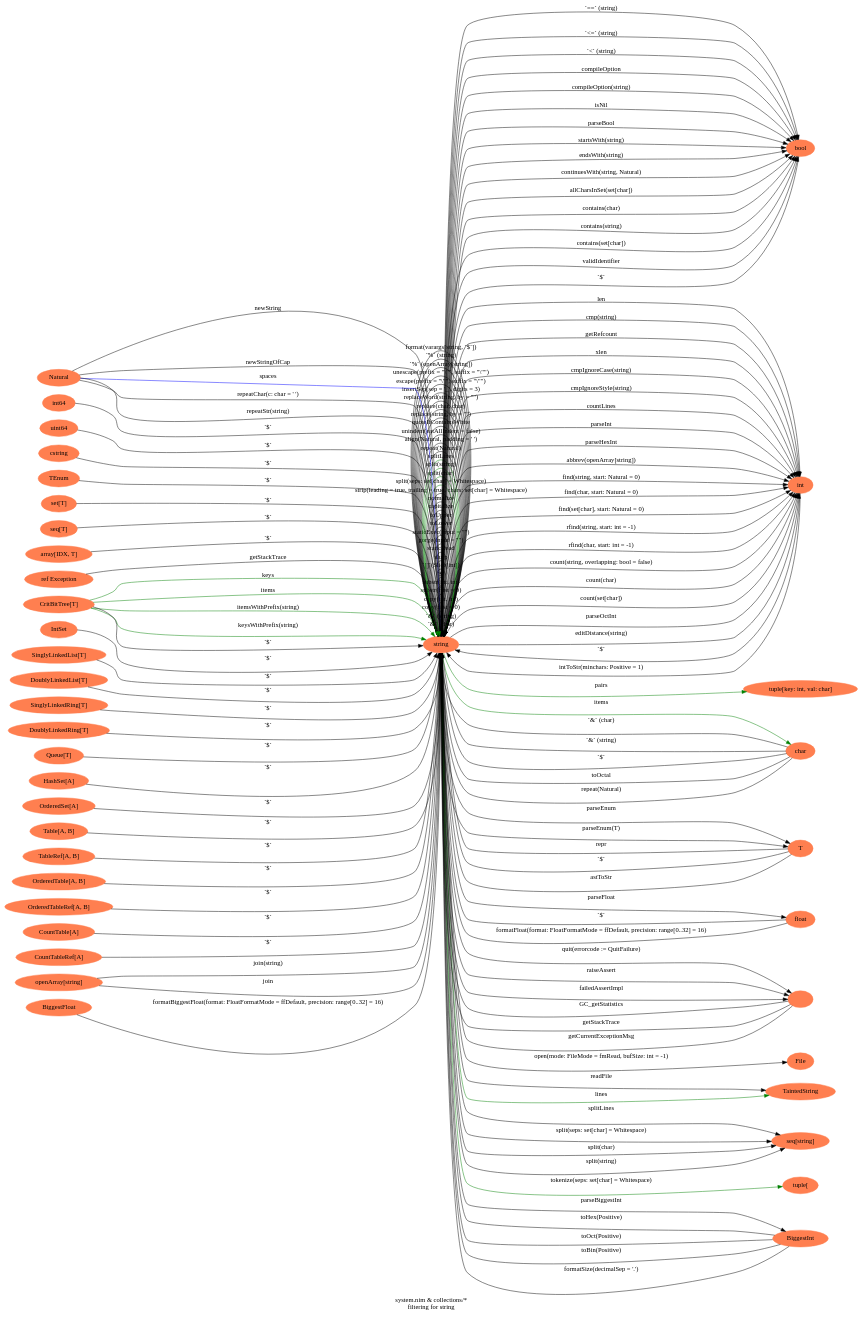
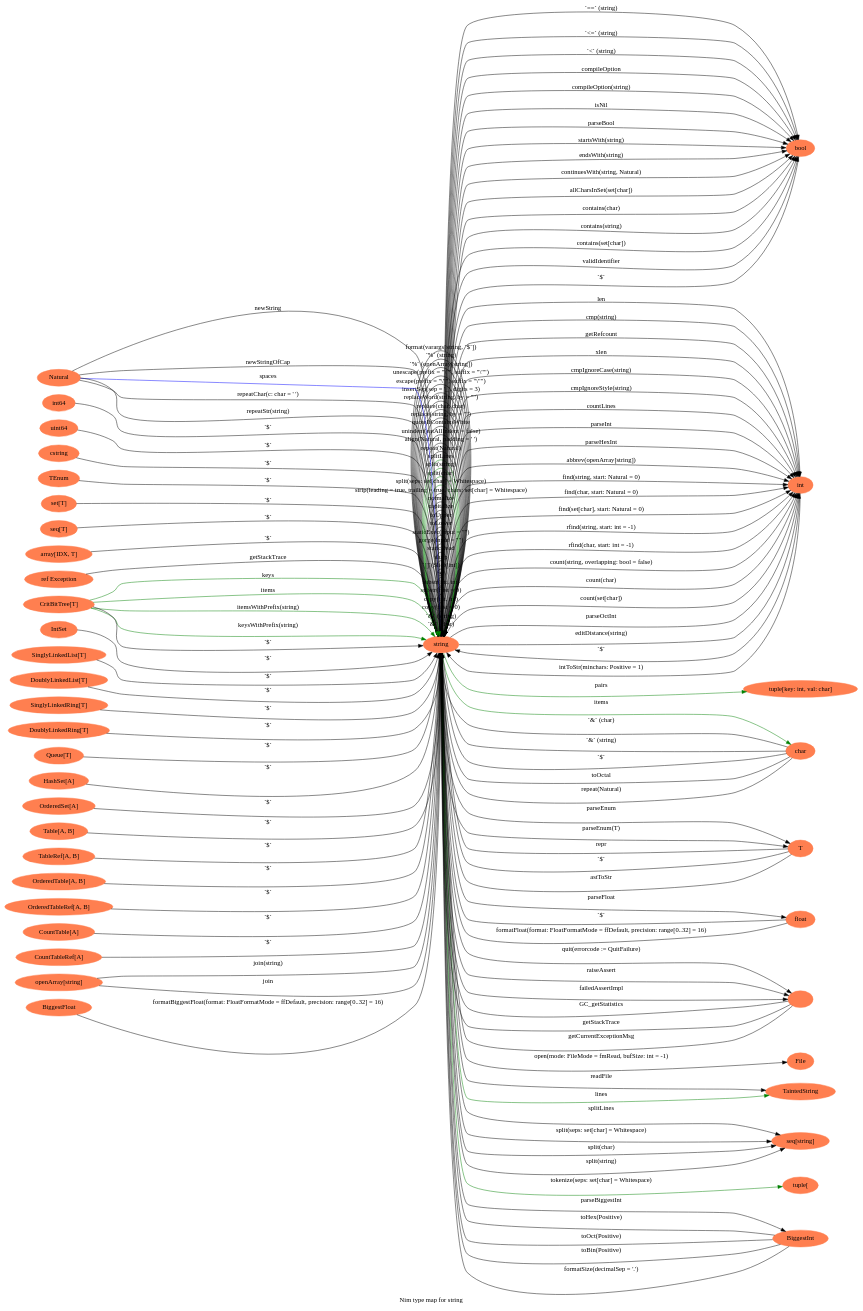
The diagram in output/string.dot (petermora/nimDot), drawn with Graphviz before and after one commit. The commit also changed 31 other files, not shown here.

```diff
--- a/output/string.dot
+++ b/output/string.dot
@@ -1,187 +1,186 @@
 digraph {
 graph [
-label = "system.nim & collections/*
-filtering for string";
+label = "Nim type map for string";
 rankdir=LR;
 ];
 node[color=coral, style=filled, label="string" ] N0;
 node[color=coral, style=filled, label="bool" ] N1;
 N0 -> N1 [color="", label="`==` (string)" ];
 N0 -> N1 [color="", label="`<=` (string)" ];
 N0 -> N1 [color="", label="`<` (string)" ];
 node[color=coral, style=filled, label="int" ] N2;
 N0 -> N2 [color="", label="len" ];
 N0 -> N2 [color="", label="cmp(string)" ];
 node[color=coral, style=filled, label="Natural" ] N3;
 N3 -> N0 [color="", label="newString" ];
 N3 -> N0 [color="", label="newStringOfCap" ];
 N0 -> N0 [color="", label="`&` (char)" ];
 node[color=coral, style=filled, label="char" ] N4;
 N4 -> N0 [color="", label="`&` (char)" ];
 N0 -> N0 [color="", label="`&` (string)" ];
 N4 -> N0 [color="", label="`&` (string)" ];
 N0 -> N1 [color="", label="compileOption" ];
 N0 -> N1 [color="", label="compileOption(string)" ];
 node[color=coral, style=filled, label="T" ] N5;
 N5 -> N0 [color="", label="repr" ];
 N0 -> N0 [color="", label="copy(first = 0)" ];
 N0 -> N0 [color="", label="copy(int, int)" ];
 N0 -> N0 [color="", label="substr(first = 0)" ];
 N0 -> N0 [color="", label="substr(int, int)" ];
 N2 -> N0 [color="", label="`$`" ];
 node[color=coral, style=filled, label="int64" ] N6;
 N6 -> N0 [color="", label="`$`" ];
 node[color=coral, style=filled, label="uint64" ] N7;
 N7 -> N0 [color="", label="`$` " ];
 node[color=coral, style=filled, label="float" ] N8;
 N8 -> N0 [color="", label="`$` " ];
 N1 -> N0 [color="", label="`$` " ];
 N4 -> N0 [color="", label="`$` " ];
 node[color=coral, style=filled, label="cstring" ] N9;
 N9 -> N0 [color="", label="`$` " ];
 N0 -> N0 [color="", label="`$` " ];
 node[color=coral, style=filled, label="TEnum" ] N10;
 N10 -> N0 [color="", label="`$` " ];
 N0 -> N2 [color="", label="getRefcount" ];
 node[color=coral, style=filled, label="tuple[key: int, val: char]" ] N11;
 N0 -> N11 [color="green", label="pairs" ];
 N0 -> N1 [color="", label="isNil" ];
 N5 -> N0 [color="", label="`$`" ];
 node[color=coral, style=filled, label="set[T]" ] N12;
 N12 -> N0 [color="", label="`$`" ];
 node[color=coral, style=filled, label="seq[T]" ] N13;
 N13 -> N0 [color="", label="`$`" ];
 node[color=coral, style=filled, label="array[IDX, T]" ] N14;
 N14 -> N0 [color="", label="`$`" ];
 node[color=coral, style=filled, label="" ] N15;
 N15 -> N0 [color="", label="GC_getStatistics" ];
 node[color=coral, style=filled, label="File" ] N16;
 N0 -> N16 [color="", label="open(mode: FileMode = fmRead, bufSize: int = -1)" ];
 node[color=coral, style=filled, label="TaintedString" ] N17;
 N0 -> N17 [color="", label="readFile" ];
 N15 -> N0 [color="", label="getStackTrace" ];
 node[color=coral, style=filled, label="ref Exception" ] N18;
 N18 -> N0 [color="", label="getStackTrace" ];
 N0 -> N17 [color="green", label="lines" ];
 N15 -> N0 [color="", label="getCurrentExceptionMsg" ];
 N0 -> N15 [color="", label="quit(errorcode := QuitFailure)" ];
 N0 -> N0 [color="", label="`[]`(Slice[int])" ];
 N0 -> N0 [color="", label="slurp" ];
 N0 -> N0 [color="", label="staticRead" ];
 N0 -> N0 [color="", label="gorge(input = \"\")" ];
 N0 -> N0 [color="", label="staticExec(input = \"\")" ];
 N5 -> N0 [color="", label="astToStr" ];
 N0 -> N15 [color="", label="raiseAssert" ];
 N0 -> N15 [color="", label="failedAssertImpl" ];
 N0 -> N4 [color="green", label="items" ];
 N0 -> N2 [color="", label="xlen" ];
 node[color=coral, style=filled, label="CritBitTree[T]" ] N19;
 N19 -> N0 [color="green", label="keys" ];
 N19 -> N0 [color="green", label="items" ];
 N19 -> N0 [color="green", label="itemsWithPrefix(string)" ];
 N19 -> N0 [color="green", label="keysWithPrefix(string)" ];
 N19 -> N0 [color="", label="`$`" ];
 node[color=coral, style=filled, label="IntSet" ] N20;
 N20 -> N0 [color="", label="`$`" ];
 node[color=coral, style=filled, label="SinglyLinkedList[T]" ] N21;
 N21 -> N0 [color="", label="`$`" ];
 node[color=coral, style=filled, label="DoublyLinkedList[T]" ] N22;
 N22 -> N0 [color="", label="`$`" ];
 node[color=coral, style=filled, label="SinglyLinkedRing[T]" ] N23;
 N23 -> N0 [color="", label="`$`" ];
 node[color=coral, style=filled, label="DoublyLinkedRing[T]" ] N24;
 N24 -> N0 [color="", label="`$`" ];
 node[color=coral, style=filled, label="Queue[T]" ] N25;
 N25 -> N0 [color="", label="`$`" ];
 node[color=coral, style=filled, label="HashSet[A]" ] N26;
 N26 -> N0 [color="", label="`$`" ];
 node[color=coral, style=filled, label="OrderedSet[A]" ] N27;
 N27 -> N0 [color="", label="`$`" ];
 node[color=coral, style=filled, label="Table[A, B]" ] N28;
 N28 -> N0 [color="", label="`$`" ];
 node[color=coral, style=filled, label="TableRef[A, B]" ] N29;
 N29 -> N0 [color="", label="`$`" ];
 node[color=coral, style=filled, label="OrderedTable[A, B]" ] N30;
 N30 -> N0 [color="", label="`$`" ];
 node[color=coral, style=filled, label="OrderedTableRef[A, B]" ] N31;
 N31 -> N0 [color="", label="`$`" ];
 node[color=coral, style=filled, label="CountTable[A]" ] N32;
 N32 -> N0 [color="", label="`$`" ];
 node[color=coral, style=filled, label="CountTableRef[A]" ] N33;
 N33 -> N0 [color="", label="`$`" ];
 N0 -> N0 [color="", label="toLower" ];
 N0 -> N0 [color="", label="toUpper" ];
 N0 -> N0 [color="", label="capitalize" ];
 N0 -> N0 [color="", label="normalize" ];
 N0 -> N2 [color="", label="cmpIgnoreCase(string)" ];
 N0 -> N2 [color="", label="cmpIgnoreStyle(string)" ];
 N0 -> N0 [color="", label="strip(leading = true, trailing = true, chars: set[char] = Whitespace)" ];
 N4 -> N0 [color="", label="toOctal" ];
 N0 -> N0 [color="green", label="split(seps: set[char] = Whitespace)" ];
 N0 -> N0 [color="green", label="split(char)" ];
 N0 -> N0 [color="green", label="split(string)" ];
 N0 -> N0 [color="green", label="splitLines" ];
 node[color=coral, style=filled, label="seq[string]" ] N34;
 N0 -> N34 [color="", label="splitLines" ];
 N0 -> N2 [color="", label="countLines" ];
 N0 -> N34 [color="", label="split(seps: set[char] = Whitespace)" ];
 N0 -> N34 [color="", label="split(char)" ];
 N0 -> N34 [color="", label="split(string)" ];
 node[color=coral, style=filled, label="BiggestInt" ] N35;
 N35 -> N0 [color="", label="toHex(Positive)" ];
 N2 -> N0 [color="", label="intToStr(minchars: Positive = 1)" ];
 N0 -> N2 [color="", label="parseInt" ];
 N0 -> N35 [color="", label="parseBiggestInt" ];
 N0 -> N8 [color="", label="parseFloat" ];
 N0 -> N2 [color="", label="parseHexInt" ];
 N0 -> N1 [color="", label="parseBool" ];
 N0 -> N5 [color="", label="parseEnum" ];
 N0 -> N5 [color="", label="parseEnum(T)" ];
 N4 -> N0 [color="", label="repeat(Natural)" ];
 N0 -> N0 [color="", label="repeat(Natural)" ];
 N3 -> N0 [color="blue", label="spaces" ];
 N3 -> N0 [color="", label="repeatChar(c: char = ' ')" ];
 N3 -> N0 [color="", label="repeatStr(string)" ];
 N0 -> N0 [color="", label="align(Natural, padding = ' ')" ];
 node[color=coral, style=filled, label="tuple[" ] N36;
 N0 -> N36 [color="green", label="tokenize(seps: set[char] = Whitespace)" ];
 N0 -> N0 [color="", label="unindent(eatAllIndent = false)" ];
 N0 -> N1 [color="", label="startsWith(string)" ];
 N0 -> N1 [color="", label="endsWith(string)" ];
 N0 -> N1 [color="", label="continuesWith(string, Natural)" ];
 N0 -> N1 [color="", label="allCharsInSet(set[char])" ];
 N0 -> N2 [color="", label="abbrev(openArray[string])" ];
 node[color=coral, style=filled, label="openArray[string]" ] N37;
 N37 -> N0 [color="", label="join(string)" ];
 N37 -> N0 [color="", label="join" ];
 N0 -> N2 [color="", label="find(string, start: Natural = 0)" ];
 N0 -> N2 [color="", label="find(char, start: Natural = 0)" ];
 N0 -> N2 [color="", label="find(set[char], start: Natural = 0)" ];
 N0 -> N2 [color="", label="rfind(string, start: int = -1)" ];
 N0 -> N2 [color="", label="rfind(char, start: int = -1)" ];
 N0 -> N2 [color="", label="count(string, overlapping: bool = false)" ];
 N0 -> N2 [color="", label="count(char)" ];
 N0 -> N2 [color="", label="count(set[char])" ];
 N0 -> N0 [color="", label="quoteIfContainsWhite" ];
 N0 -> N1 [color="", label="contains(char)" ];
 N0 -> N1 [color="", label="contains(string)" ];
 N0 -> N1 [color="", label="contains(set[char])" ];
 N0 -> N0 [color="", label="replace(string, by = \"\")" ];
 N0 -> N0 [color="", label="replace(char, char)" ];
 N0 -> N0 [color="", label="replaceWord(string, by = \"\")" ];
 N0 -> N2 [color="", label="parseOctInt" ];
 N35 -> N0 [color="", label="toOct(Positive)" ];
 N35 -> N0 [color="", label="toBin(Positive)" ];
 N0 -> N0 [color="", label="insertSep(sep = '_', digits = 3)" ];
 N0 -> N0 [color="", label="escape(prefix = \"\\\"\", suffix = \"\\\"\")" ];
 N0 -> N0 [color="", label="unescape(prefix = \"\\\"\", suffix = \"\\\"\")" ];
 N0 -> N1 [color="", label="validIdentifier" ];
 N0 -> N2 [color="", label="editDistance(string)" ];
 node[color=coral, style=filled, label="BiggestFloat" ] N38;
 N38 -> N0 [color="", label="formatBiggestFloat(format: FloatFormatMode = ffDefault, precision: range[0..32] = 16)" ];
 N8 -> N0 [color="", label="formatFloat(format: FloatFormatMode = ffDefault, precision: range[0..32] = 16)" ];
 N35 -> N0 [color="", label="formatSize(decimalSep = '.')" ];
 N0 -> N0 [color="", label="`%` (openArray[string])" ];
 N0 -> N0 [color="", label="`%` (string)" ];
 N0 -> N0 [color="", label="format(varargs[string, `$`])" ];
 }
```
